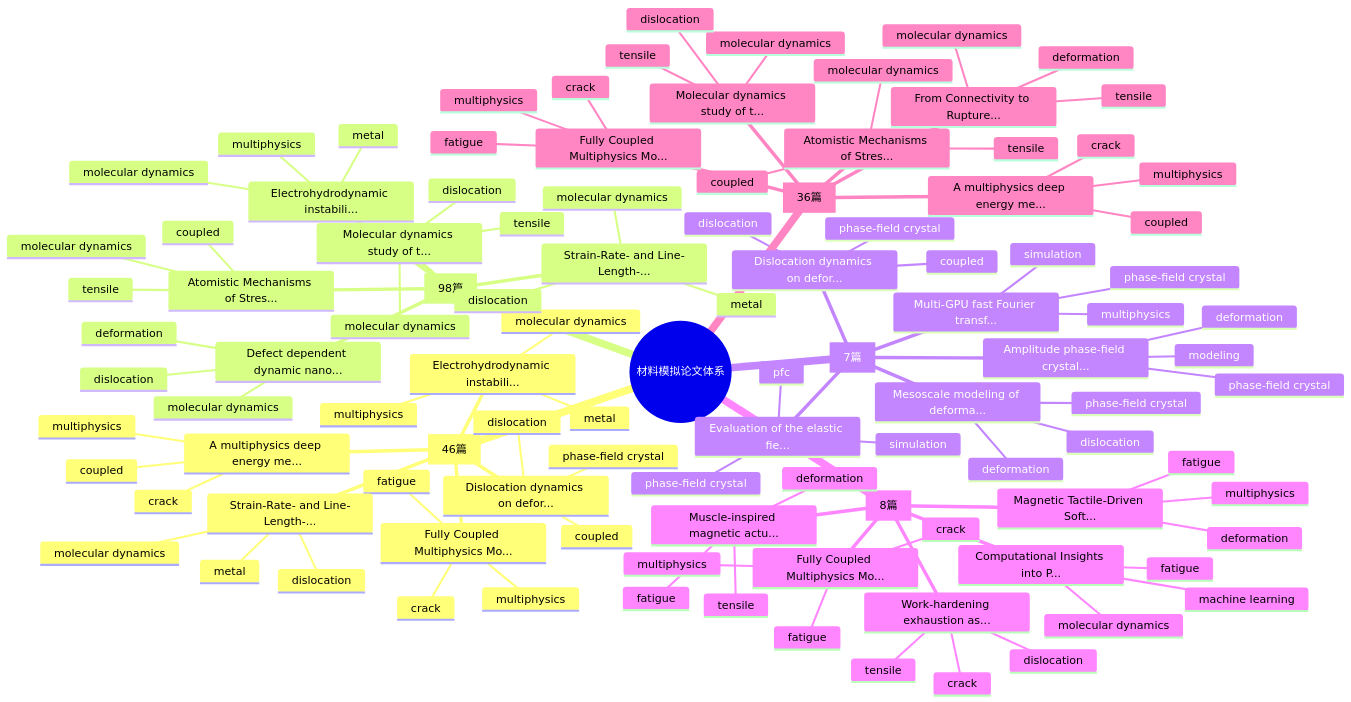
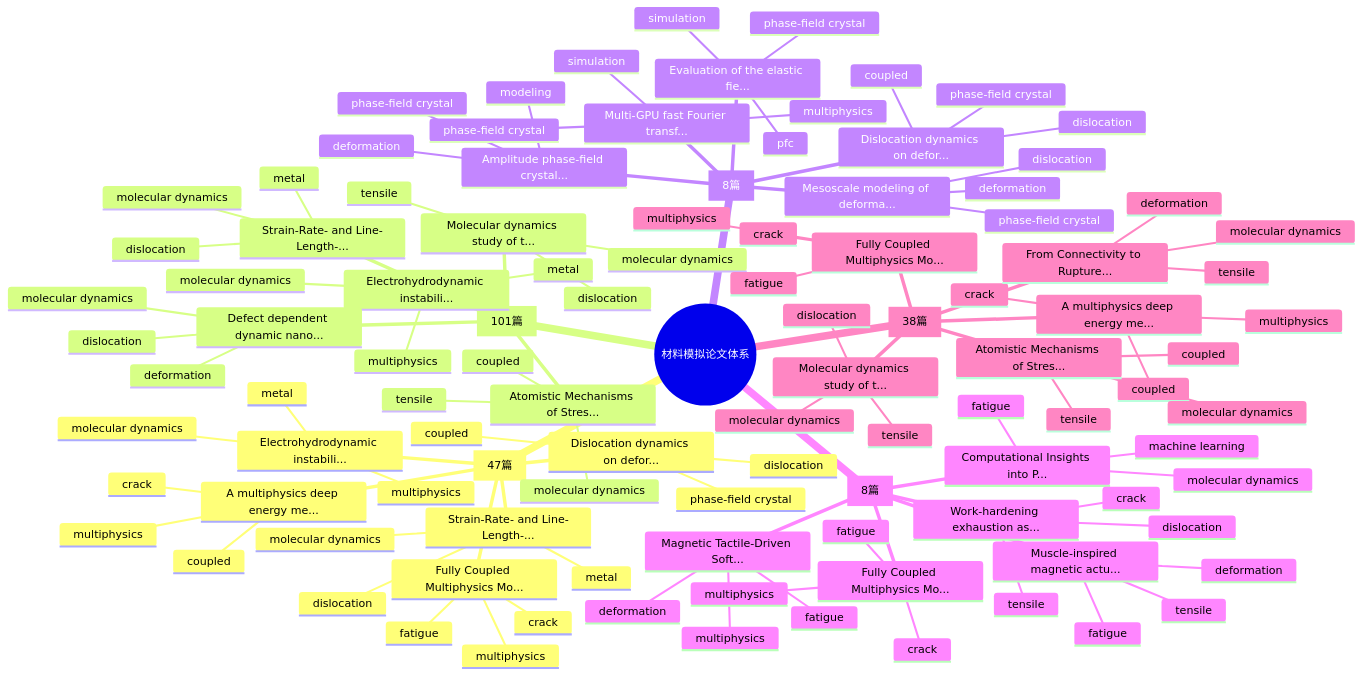
Before and after one commit to Shirakawa11111/BJK_readpaper: the first of 2 diagrams in README.md, drawn with Mermaid. The commit also changed other lines of this file and 11 other files, not shown here.

````diff
--- a/README.md
+++ b/README.md
@@ -94,7 +94,7 @@
 ```mermaid
 mindmap
   root((材料模拟论文体系))
-    Multiphysics Coupling [46篇]
+    Multiphysics Coupling [47篇]
       Fully Coupled Multiphysics Mo...
         fatigue
         multiphysics
@@ -115,7 +115,7 @@
         molecular dynamics
         dislocation
         metal
-    Molecular Dynamics [98篇]
+    Molecular Dynamics [101篇]
       Molecular dynamics study of t...
         molecular dynamics
         dislocation
@@ -136,7 +136,7 @@
         molecular dynamics
         tensile
         coupled
-    Phase-Field Crystal [7篇]
+    Phase-Field Crystal [8篇]
       Dislocation dynamics on defor...
         phase-field crystal
         dislocation
@@ -178,7 +178,7 @@
         multiphysics
         fatigue
         deformation
-    Tensile / Deformation Simulation [36篇]
+    Tensile / Deformation Simulation [38篇]
       Fully Coupled Multiphysics Mo...
         fatigue
         multiphysics
````
